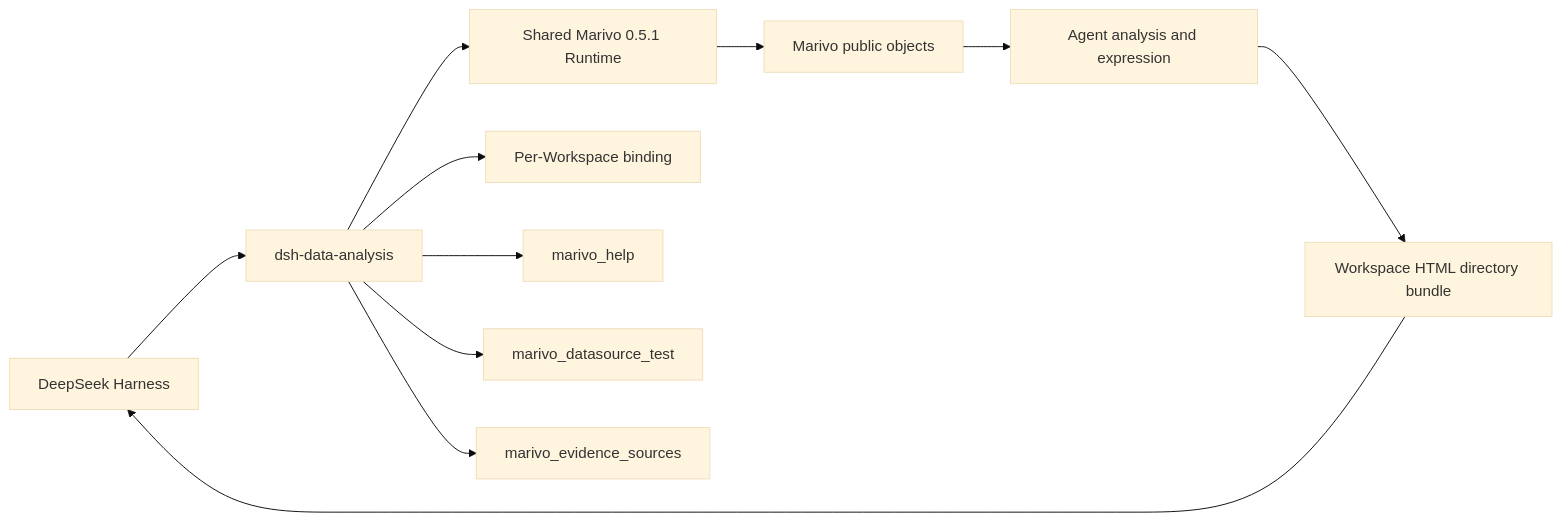
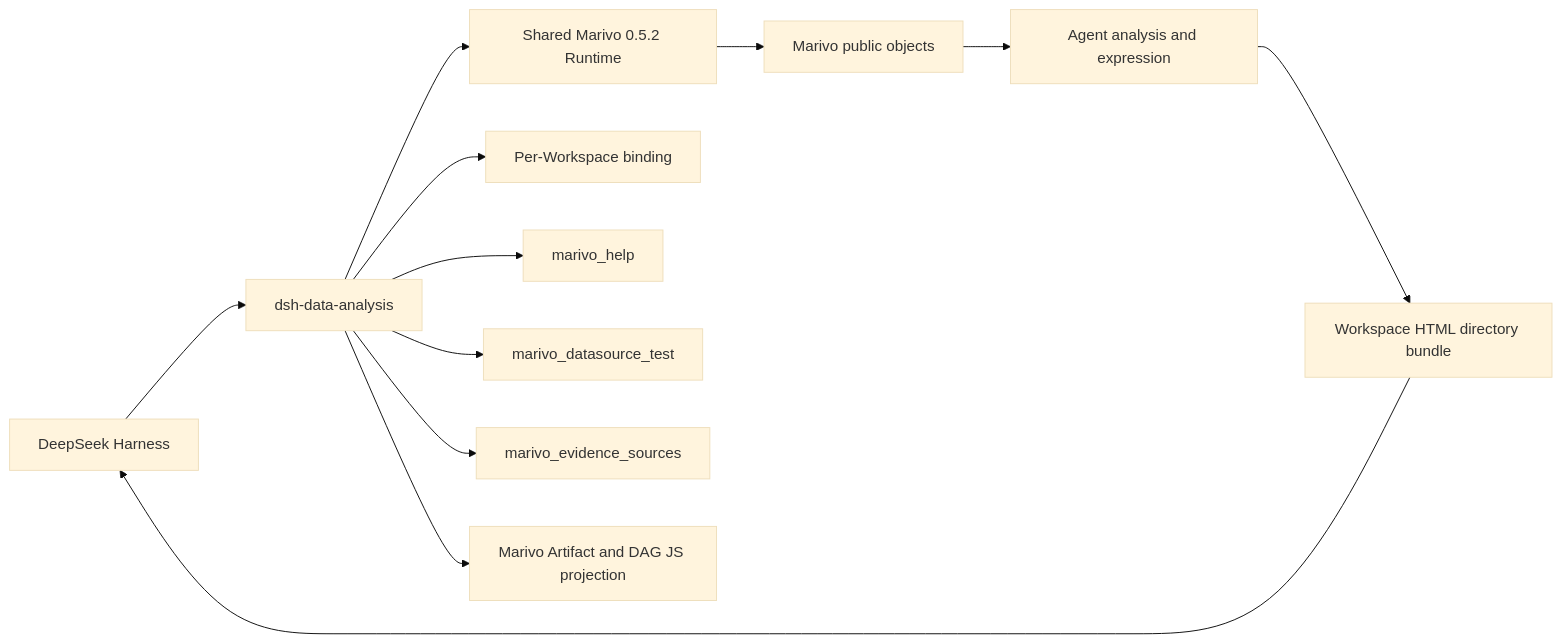
One commit to chengxianglibra/dsh-data-analysis changed the diagram in docs/architecture.md. Above: the diagram before and after it, drawn with Mermaid (base theme). The commit also changed other lines of this file and 79 other files, not shown here.

````diff
--- a/docs/architecture.md
+++ b/docs/architecture.md
@@ -9,13 +9,14 @@
 ```mermaid
 flowchart LR
   D[DeepSeek Harness] --> P[dsh-data-analysis]
-  P --> R[Shared Marivo 0.5.1 Runtime]
+  P --> R[Shared Marivo 0.5.2 Runtime]
   P --> W[Per-Workspace binding]
   P --> H[marivo_help]
   P --> T[marivo_datasource_test]
   P --> E[marivo_evidence_sources]
+  P --> J[Marivo Artifact and DAG JS projection]
   R --> M[Marivo public objects]
   M --> A[Agent analysis and expression]
   A --> F[Workspace HTML directory bundle]
   F --> D
 ```
````
